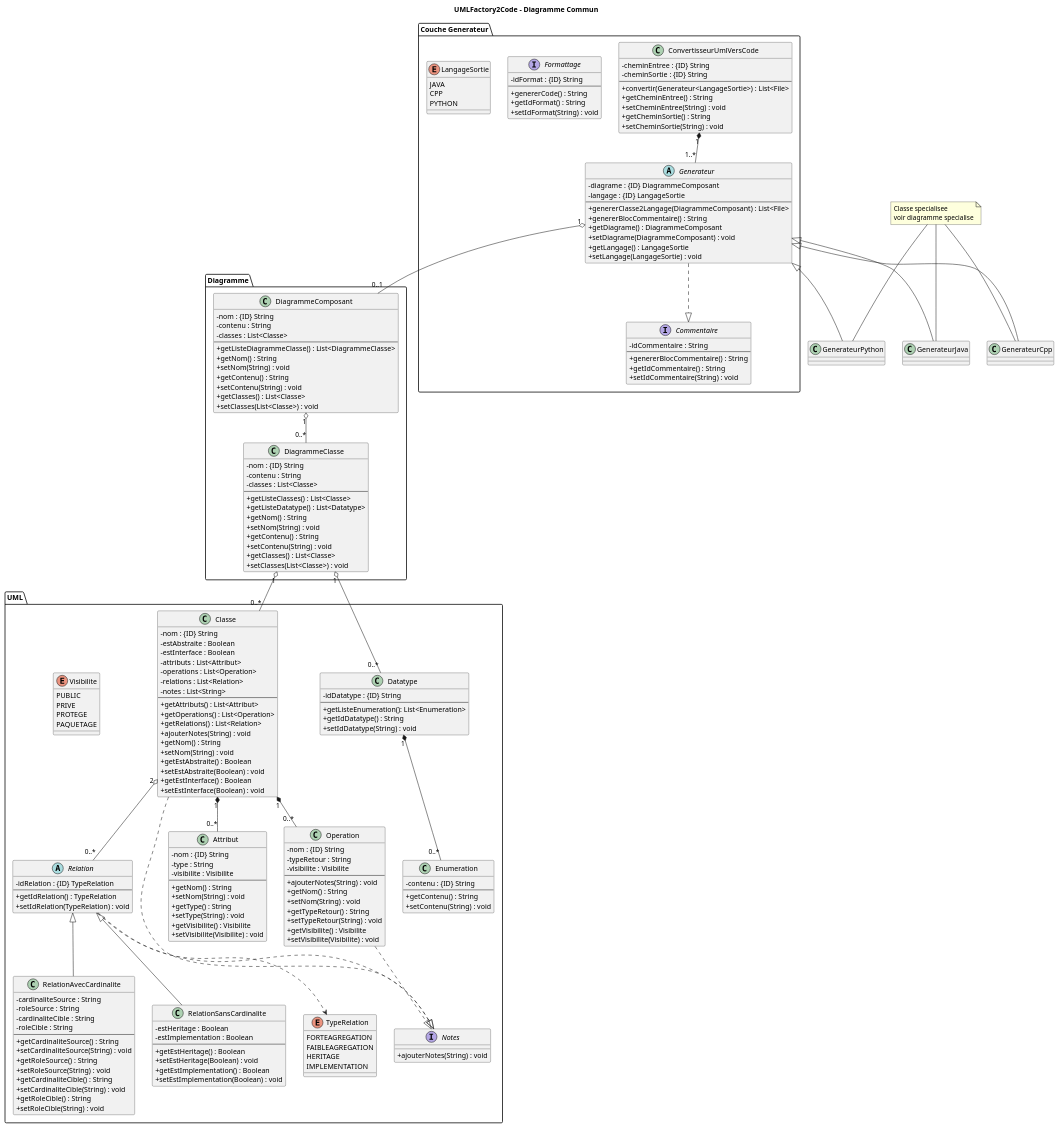
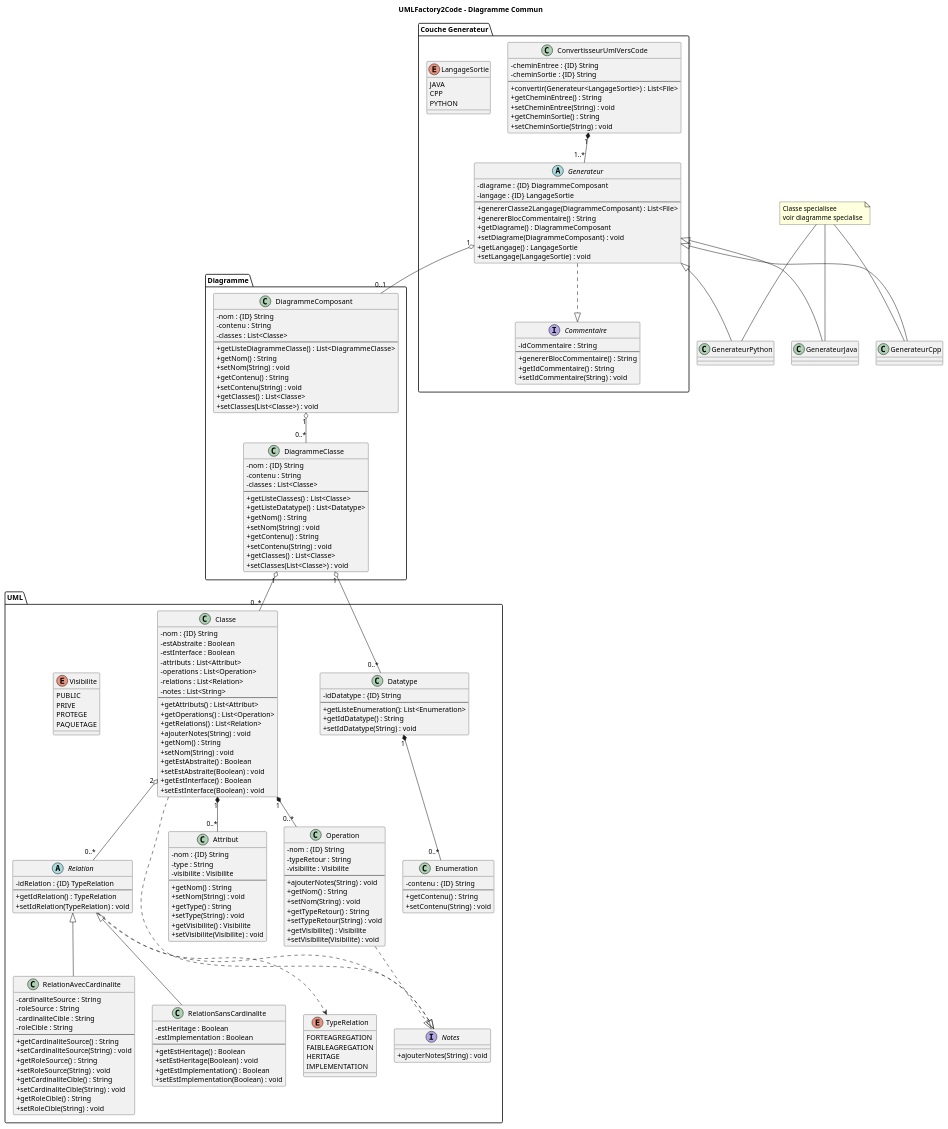
One commit to RasdaCorentin/PlantUML2Code changed the diagram in doc/fichier_puml/diagramme_commun.puml. Above: the diagram before and after it, drawn with PlantUML. The commit also changed 5 other files, not shown here.

```diff
--- a/doc/fichier_puml/diagramme_commun.puml
+++ b/doc/fichier_puml/diagramme_commun.puml
@@ -27,14 +27,6 @@
     +setLangage(LangageSortie) : void
   }
 
-  ' --- Interface Formattage ---
-  interface Formattage {
-    -idFormat : {ID} String
-    ---
-    +genererCode() : String
-    +getIdFormat() : String
-    +setIdFormat(String) : void
-  }
 
   enum LangageSortie {
     JAVA
```
